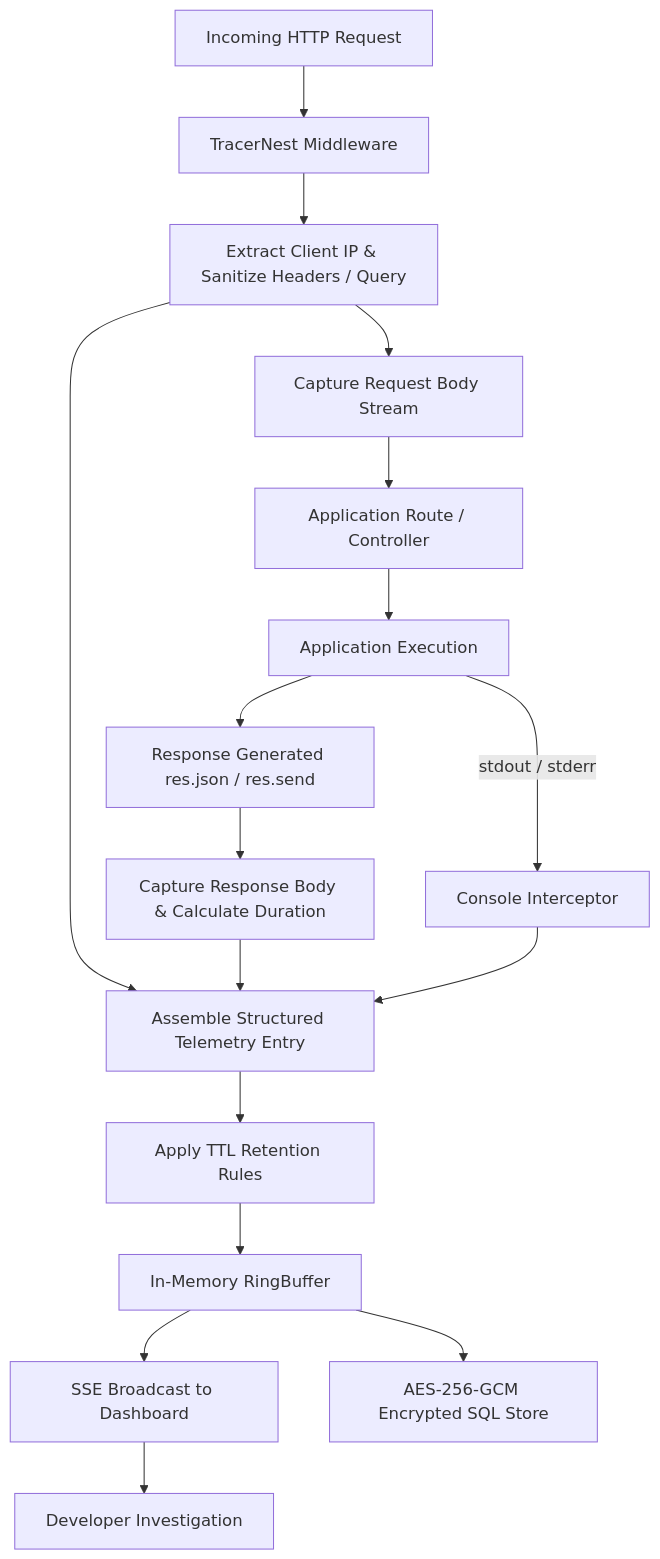
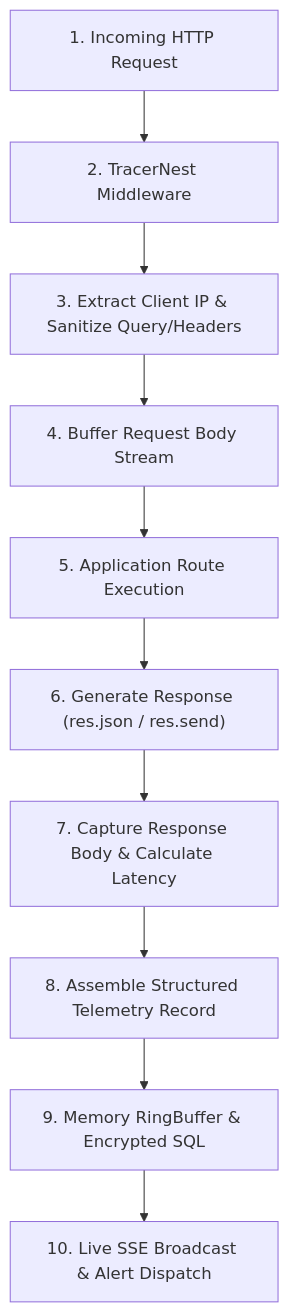
The fourth of 4 diagrams in README.md (ankit-kumar-khandelwal/tracernest-logger), drawn with Mermaid before and after one commit. The commit also changed other lines of this file and 4 other files, not shown here.

Commit message:
docs: add quick start, mermaid architecture diagrams, and bug report template

````diff
--- a/README.md
+++ b/README.md
@@ -185,19 +246,12 @@
 ```mermaid
 flowchart TD
-    A[Incoming HTTP Request] --> B[TracerNest Middleware]
-    B --> C[Extract Client IP & Sanitize Headers / Query]
-    C --> D[Capture Request Body Stream]
-    D --> E[Application Route / Controller]
-    E --> F[Application Execution]
-    F -->|stdout / stderr| G[Console Interceptor]
-    F --> H[Response Generated res.json / res.send]
-    H --> I[Capture Response Body & Calculate Duration]
-    C --> J[Assemble Structured Telemetry Entry]
-    I --> J
-    G --> J
-    J --> K[Apply TTL Retention Rules]
-    K --> L[In-Memory RingBuffer]
-    L --> M[SSE Broadcast to Dashboard]
-    L --> N[AES-256-GCM Encrypted SQL Store]
-    M --> O[Developer Investigation]
+    A["1. Incoming HTTP Request"] --> B["2. TracerNest Middleware"]
+    B --> C["3. Extract Client IP & Sanitize Query/Headers"]
+    C --> D["4. Buffer Request Body Stream"]
+    D --> E["5. Application Route Execution"]
+    E --> F["6. Generate Response (res.json / res.send)"]
+    F --> G["7. Capture Response Body & Calculate Latency"]
+    G --> H["8. Assemble Structured Telemetry Record"]
+    H --> I["9. Memory RingBuffer & Encrypted SQL"]
+    I --> J["10. Live SSE Broadcast & Alert Dispatch"]
 ```
````
